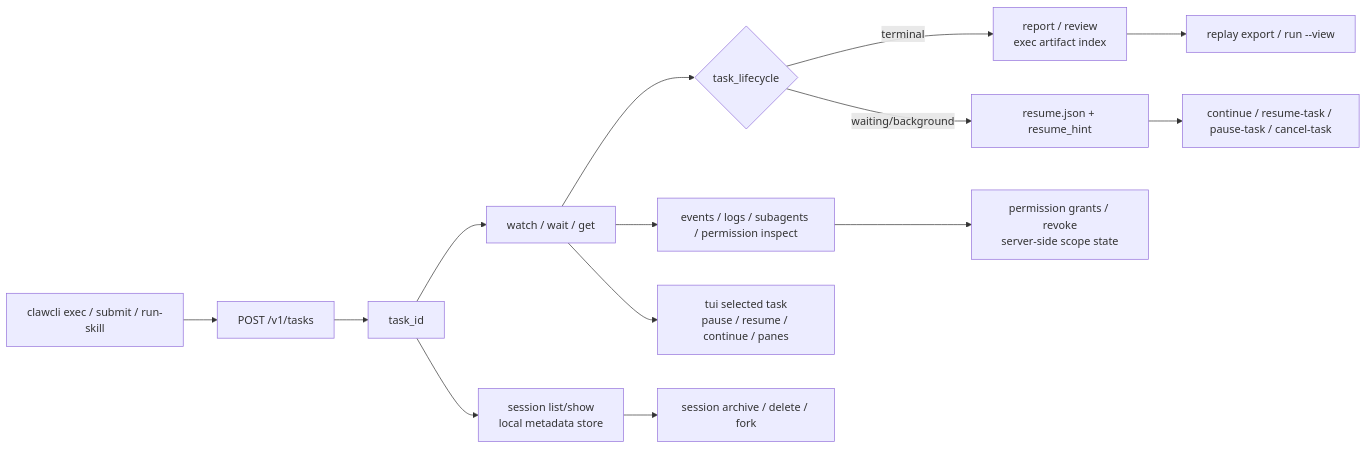
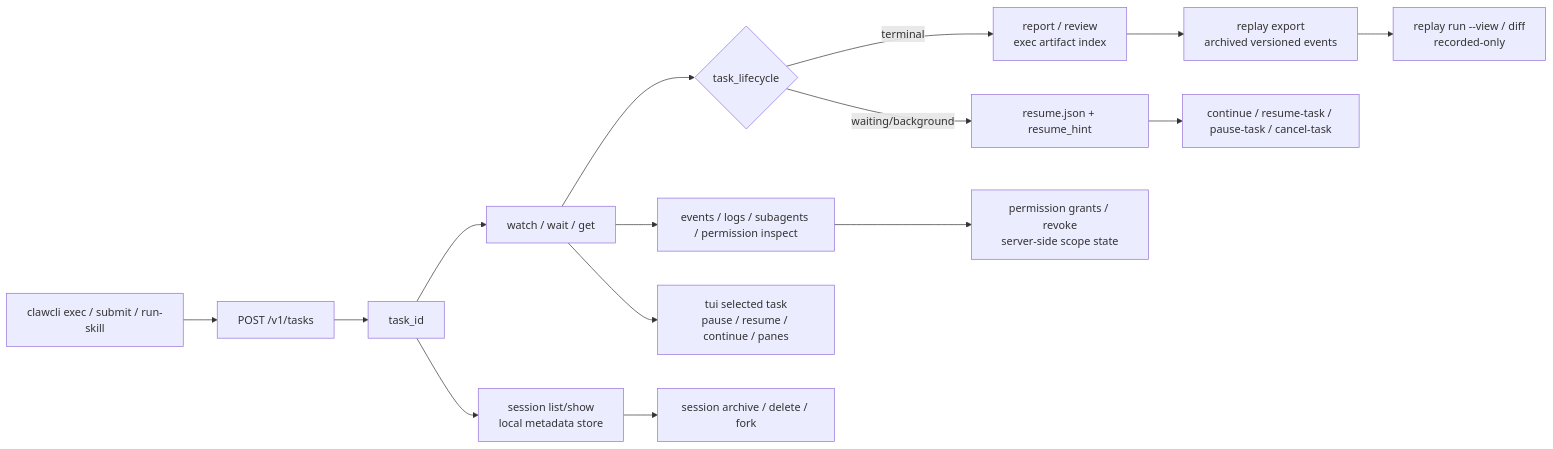
The fifth of 17 diagrams in README.md (MatrixCoreX/RustClaw), drawn with Mermaid before and after one commit. The commit also changed other lines of this file and 19 other files, not shown here.

````diff
--- a/README.md
+++ b/README.md
@@ -485,16 +485,17 @@
 ```mermaid
 flowchart LR
     A[clawcli exec / submit / run-skill] --> B[POST /v1/tasks]
     B --> C[task_id]
     C --> D[watch / wait / get]
     D --> E{task_lifecycle}
     E -->|terminal| F[report / review<br/>exec artifact index]
-    F --> R[replay export / run --view]
+    F --> R[replay export<br/>archived versioned events]
+    R --> R2[replay run --view / diff<br/>recorded-only]
     E -->|waiting/background| G[resume.json + resume_hint]
     G --> H[continue / resume-task / pause-task / cancel-task]
     D --> I[events / logs / subagents / permission inspect]
     I --> IA[permission grants / revoke<br/>server-side scope state]
     D --> J[tui selected task<br/>pause / resume / continue / panes]
     C --> K[session list/show<br/>local metadata store]
     K --> L[session archive / delete / fork]
 ```
````
